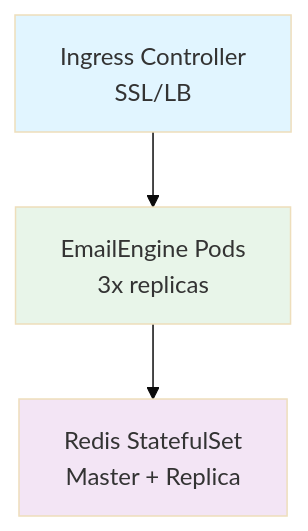
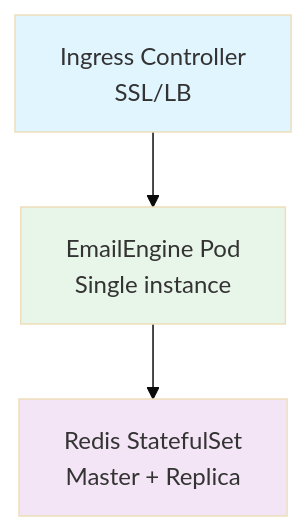
Before and after one commit to postalsys/learn-emailengine-app: the fourth of 4 diagrams in docs/deployment/index.md, drawn with Mermaid (base theme). The commit also changed other lines of this file, not shown here.

````diff
--- a/docs/deployment/index.md
+++ b/docs/deployment/index.md
@@ -376,13 +373,13 @@
 ```mermaid
 graph TB
     Ingress[Ingress Controller<br/>SSL/LB]
-    EmailEngine[EmailEngine Pods<br/>3x replicas]
+    EmailEngine[EmailEngine Pod<br/>Single instance]
     Redis[Redis StatefulSet<br/>Master + Replica]
 
     Ingress --> EmailEngine
     EmailEngine --> Redis
 
     style Ingress fill:#e1f5ff
     style EmailEngine fill:#e8f5e9
     style Redis fill:#f3e5f5
 ```
````
